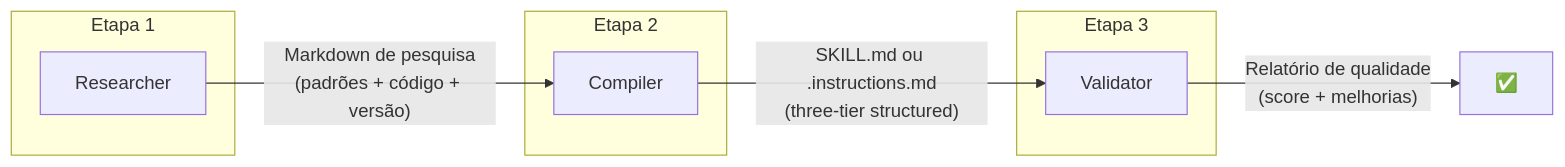
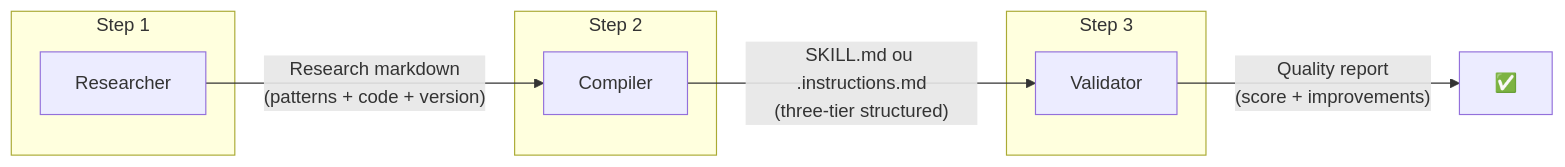
The second of 2 diagrams in docs/fluxos/fluxo-base-conhecimento.md (rodrigo-mendes/agents-factory), drawn with Mermaid before and after one commit. The commit also changed other lines of this file and 70 other files, not shown here.

````diff
--- a/docs/fluxos/fluxo-base-conhecimento.md
+++ b/docs/fluxos/fluxo-base-conhecimento.md
@@ -140,16 +140,16 @@
 ```mermaid
 graph LR
-    subgraph "Etapa 1"
+    subgraph "Step 1"
         R[Researcher]
     end
-    subgraph "Etapa 2"
+    subgraph "Step 2"
         C[Compiler]
     end
-    subgraph "Etapa 3"
+    subgraph "Step 3"
         V[Validator]
     end
     
-    R -->|"Markdown de pesquisa<br/>(padrões + código + versão)"| C
+    R -->|"Research markdown<br/>(patterns + code + version)"| C
     C -->|"SKILL.md ou .instructions.md<br/>(three-tier structured)"| V
-    V -->|"Relatório de qualidade<br/>(score + melhorias)"| DONE[✅]
+    V -->|"Quality report<br/>(score + improvements)"| DONE[✅]
 ```
````
